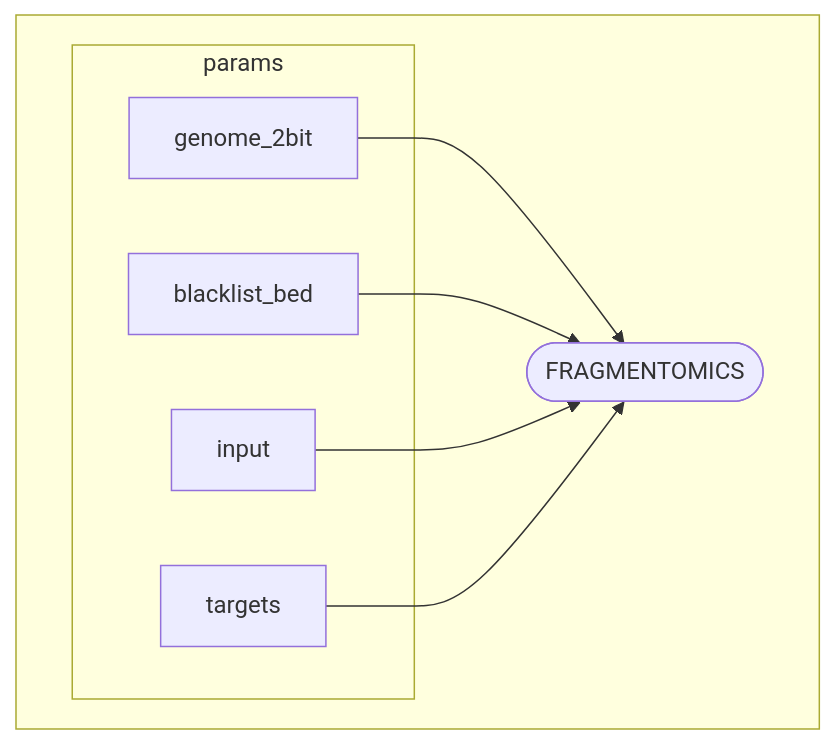
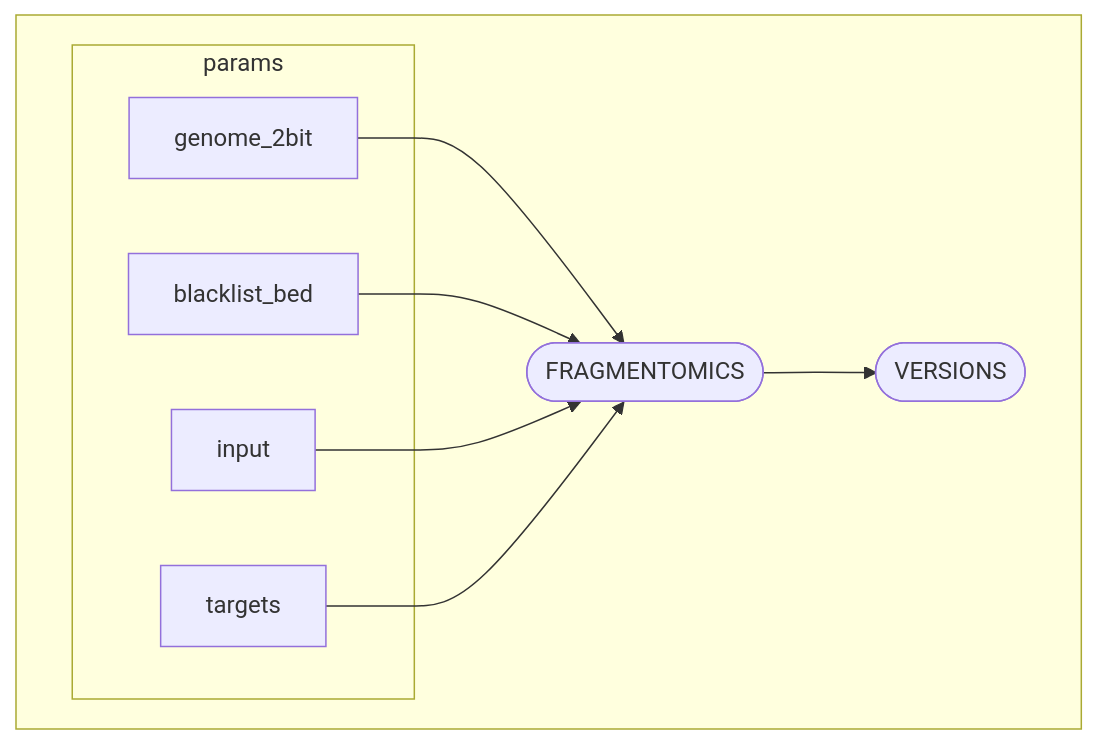
One commit to sottorivalab/nf-fragmentomics changed the first of 3 diagrams in README.md. Above: the diagram before and after it, drawn with Mermaid. The commit also changed other lines of this file and 4 other files, not shown here.

````diff
--- a/README.md
+++ b/README.md
@@ -38,16 +60,18 @@
 ```mermaid
 flowchart TB
     subgraph " "
     subgraph params
     v4["input"]
     v2["blacklist_bed"]
     v0["genome_2bit"]
     v6["targets"]
     end
-    v9([FRAGMENTOMICS])
-    v0 --> v9
-    v2 --> v9
-    v4 --> v9
-    v6 --> v9
+    v10([FRAGMENTOMICS])
+    v11([VERSIONS])
+    v0 --> v10
+    v2 --> v10
+    v4 --> v10
+    v6 --> v10
+    v10 --> v11
     end
 ```
````
